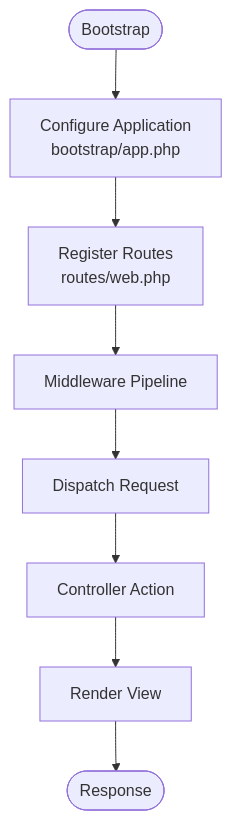
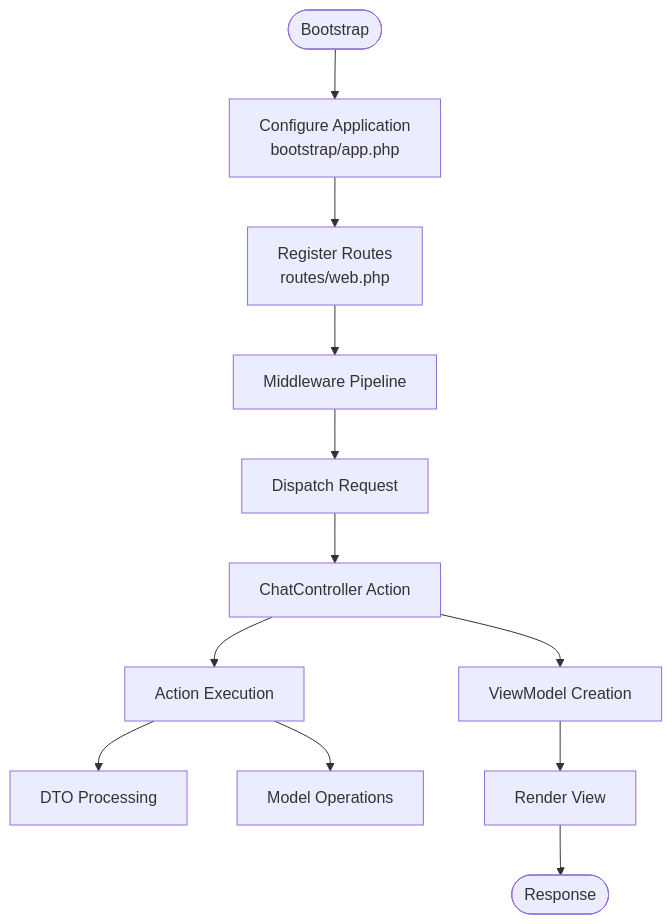
Before and after one commit to siimliimand/laravel-assistant: diagram 11 of 12 in .qoder/repowiki/en/content/Architecture Overview/Architecture Overview.md, drawn with Mermaid. The commit also changed other lines of this file and 12 other files, not shown here.

First line of the commit message:
docs(ai): add architectural and actions layer specifications

````diff
--- a/.qoder/repowiki/en/content/Architecture Overview/Architecture Overview.md
+++ b/.qoder/repowiki/en/content/Architecture Overview/Architecture Overview.md
@@ -275,10 +648,14 @@
 ```mermaid
 flowchart TD
 Start(["Bootstrap"]) --> Configure["Configure Application<br/>bootstrap/app.php"]
 Configure --> RegisterRoutes["Register Routes<br/>routes/web.php"]
 RegisterRoutes --> Middleware["Middleware Pipeline"]
 Middleware --> Dispatch["Dispatch Request"]
-Dispatch --> Controller["Controller Action"]
-Controller --> View["Render View"]
+Dispatch --> Controller["ChatController Action"]
+Controller --> Action["Action Execution"]
+Action --> DTO["DTO Processing"]
+Action --> Model["Model Operations"]
+Controller --> ViewModel["ViewModel Creation"]
+ViewModel --> View["Render View"]
 View --> End(["Response"])
 ```
````
